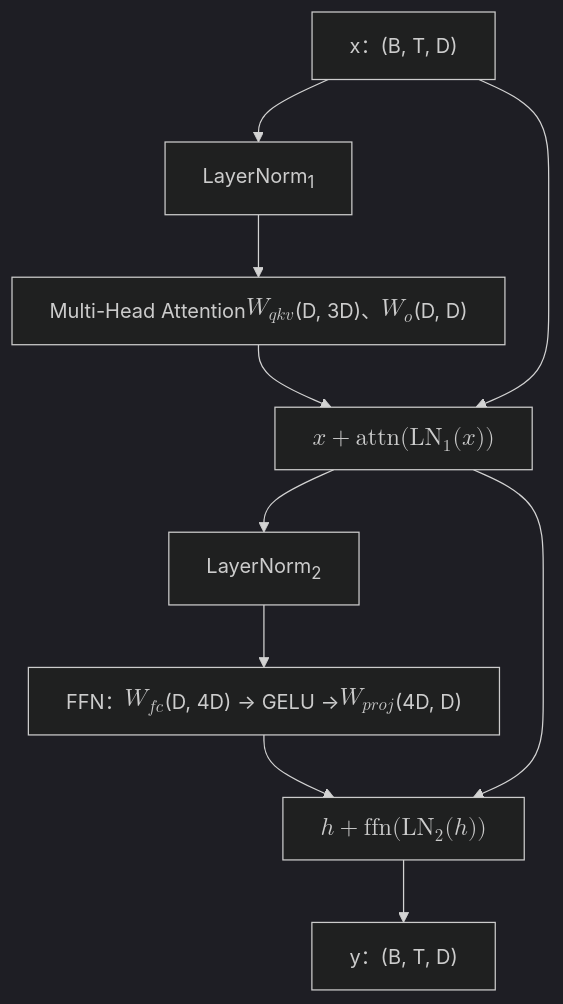
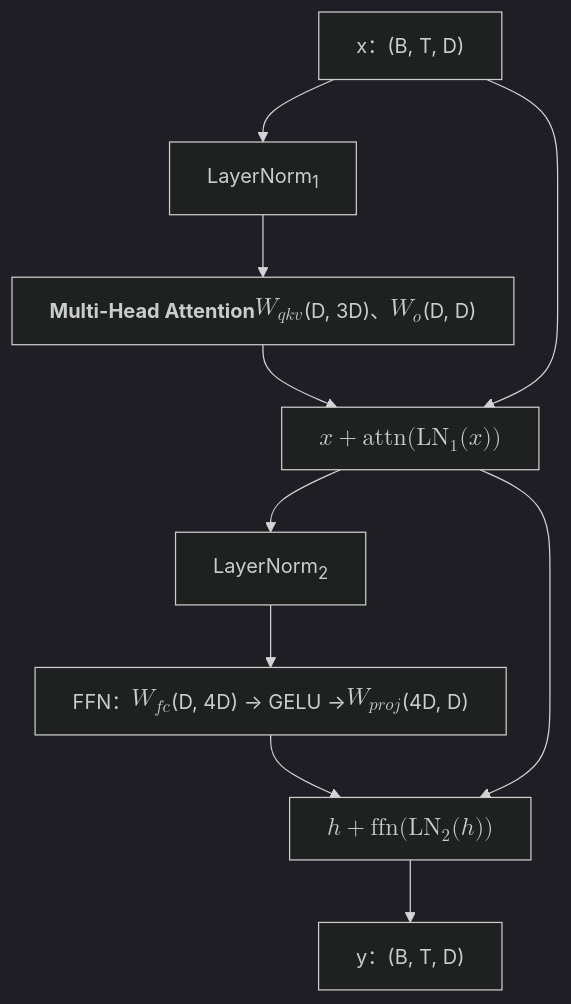
One commit to arganzheng/arganzheng.github.com changed the first of 2 diagrams in _posts/2025-12-16-coding-interview-transformer-block-and-backprop.md. Above: the diagram before and after it, drawn with Mermaid (dark theme). The commit also changed other lines of this file and 12 other files, not shown here.

First line of the commit message:
面试手撕代码：从 LeetCode 中等题到 Transformer 组件：Mermaid 多行方框的首行标为标题（13 篇）

````diff
--- a/_posts/2025-12-16-coding-interview-transformer-block-and-backprop.md
+++ b/_posts/2025-12-16-coding-interview-transformer-block-and-backprop.md
@@ -33,12 +33,12 @@
 ```mermaid
 flowchart TB
     X["x：(B, T, D)"] --> LN1["LayerNorm<sub>1</sub>"]
-    LN1 --> ATT["Multi-Head Attention<br>$$W_{qkv}$$ (D, 3D)、$$W_o$$ (D, D)"]
+    LN1 --> ATT["<b>Multi-Head Attention</b><br>$$W_{qkv}$$ (D, 3D)、$$W_o$$ (D, D)"]
     ATT --> ADD1["$$x + \mathrm{attn}(\mathrm{LN}_1(x))$$"]
     X --> ADD1
     ADD1 --> LN2["LayerNorm<sub>2</sub>"]
     LN2 --> FFN["FFN：$$W_{fc}$$ (D, 4D) → GELU → $$W_{proj}$$ (4D, D)"]
     FFN --> ADD2["$$h + \mathrm{ffn}(\mathrm{LN}_2(h))$$"]
     ADD1 --> ADD2
     ADD2 --> Y["y：(B, T, D)"]
 ```
````
